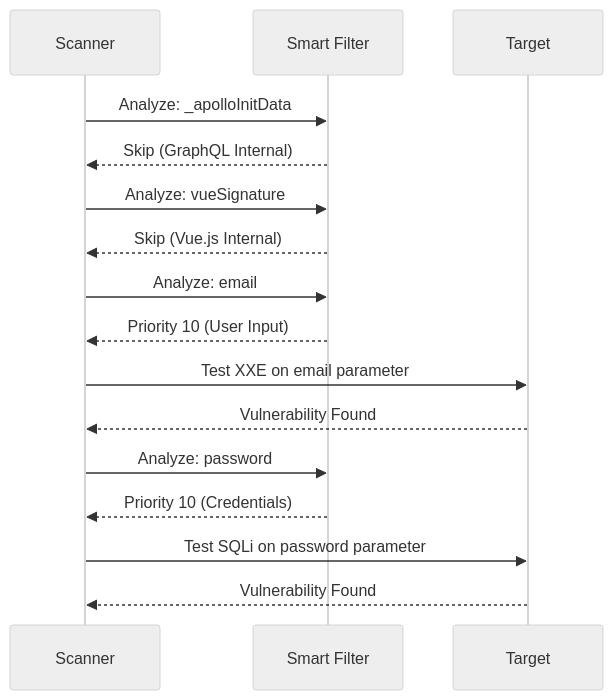
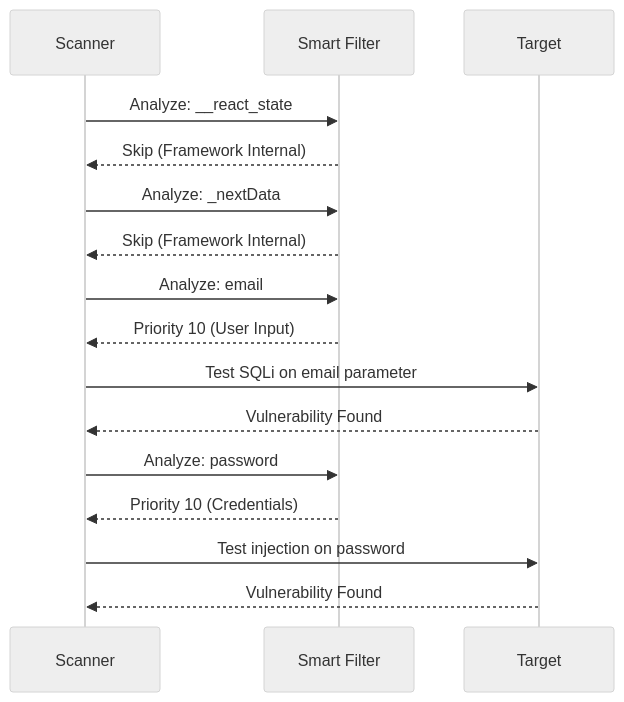
The third of 5 diagrams in README.md (bountyyfi/lonkero), drawn with Mermaid (neutral theme) before and after one commit. The commit also changed other lines of this file, not shown here.

````diff
--- a/README.md
+++ b/README.md
@@ -153,24 +149,24 @@
 ```mermaid
 sequenceDiagram
     participant Scanner
     participant Filter as Smart Filter
     participant Target
 
-    Scanner->>Filter: Analyze: _apolloInitData
-    Filter-->>Scanner: Skip (GraphQL Internal)
+    Scanner->>Filter: Analyze: __react_state
+    Filter-->>Scanner: Skip (Framework Internal)
 
-    Scanner->>Filter: Analyze: vueSignature
-    Filter-->>Scanner: Skip (Vue.js Internal)
+    Scanner->>Filter: Analyze: _nextData
+    Filter-->>Scanner: Skip (Framework Internal)
 
     Scanner->>Filter: Analyze: email
     Filter-->>Scanner: Priority 10 (User Input)
 
-    Scanner->>Target: Test XXE on email parameter
+    Scanner->>Target: Test SQLi on email parameter
     Target-->>Scanner: Vulnerability Found
 
     Scanner->>Filter: Analyze: password
     Filter-->>Scanner: Priority 10 (Credentials)
 
-    Scanner->>Target: Test SQLi on password parameter
+    Scanner->>Target: Test injection on password
     Target-->>Scanner: Vulnerability Found
 ```
````
